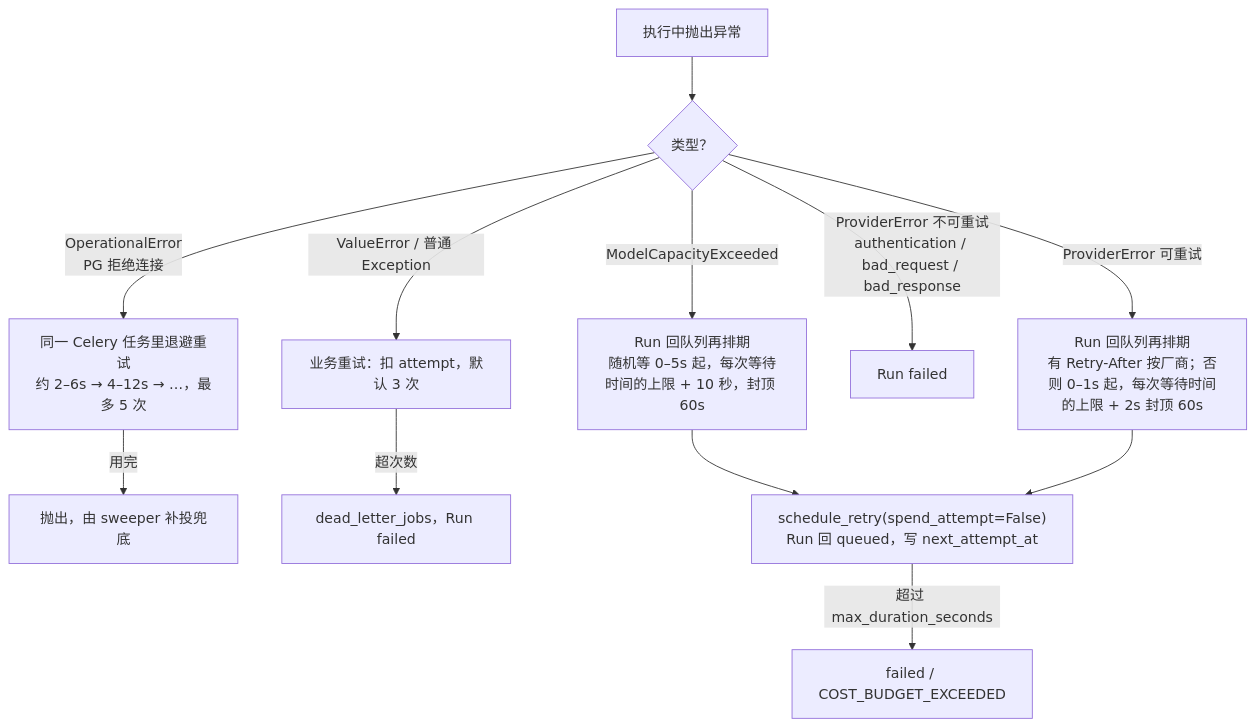
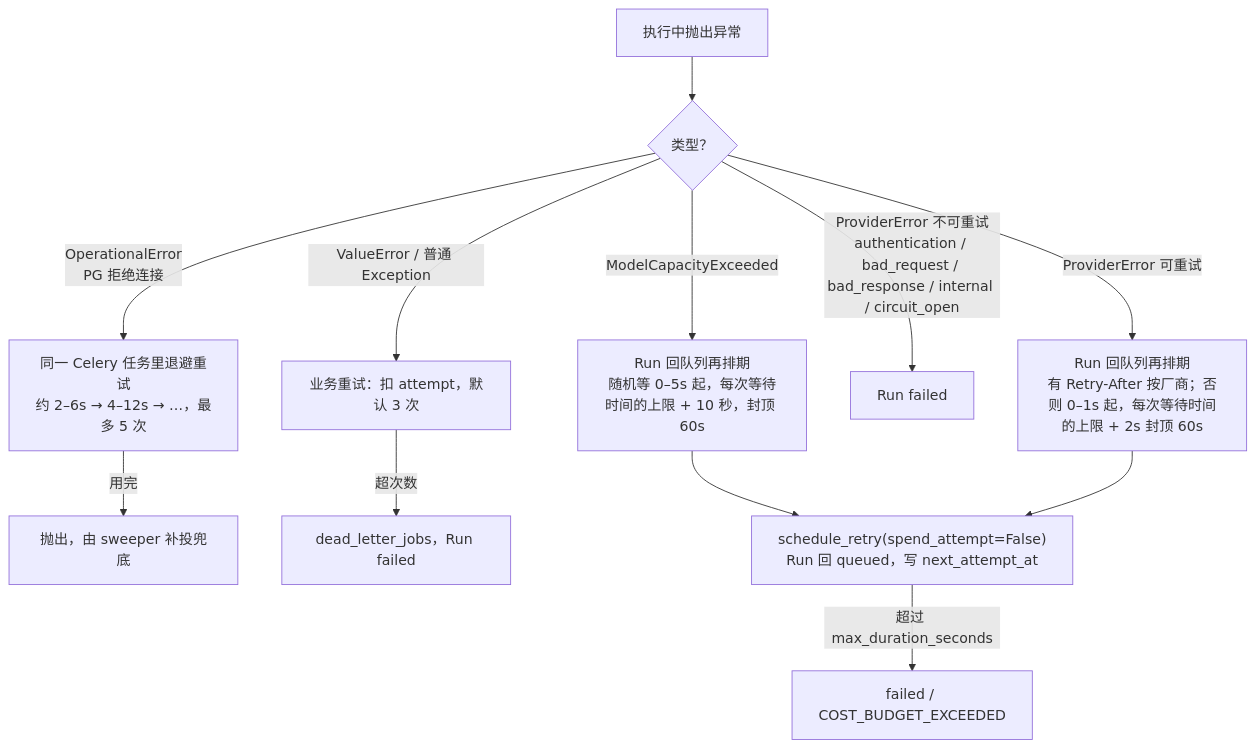
Before and after one commit to JuliaZzy/KA-Account-Agent: the third of 5 diagrams in docs/performance/retry.md, drawn with Mermaid. The commit also changed other lines of this file and 107 other files, not shown here.

````diff
--- a/docs/performance/retry.md
+++ b/docs/performance/retry.md
@@ -205,14 +206,14 @@
 ```mermaid
 flowchart TD
     X["执行中抛出异常"] --> T{"类型？"}
     T -->|"OperationalError<br/>PG 拒绝连接"| D1["同一 Celery 任务里退避重试<br/>约 2–6s → 4–12s → …，最多 5 次"]
     D1 -->|"用完"| D2["抛出，由 sweeper 补投兜底"]
     T -->|"ModelCapacityExceeded"| I1["Run 回队列再排期<br/>随机等 0–5s 起，每次等待时间的上限 + 10 秒，封顶 60s"]
     T -->|"ProviderError 可重试"| I2["Run 回队列再排期<br/>有 Retry-After 按厂商；否则 0–1s 起，每次等待时间的上限 + 2s 封顶 60s"]
-    T -->|"ProviderError 不可重试<br/>authentication / bad_request / bad_response"| F["Run failed"]
+    T -->|"ProviderError 不可重试<br/>authentication / bad_request / bad_response / internal / circuit_open"| F["Run failed"]
     T -->|"ValueError / 普通 Exception"| B1["业务重试：扣 attempt，默认 3 次"]
     B1 -->|"超次数"| DL["dead_letter_jobs，Run failed"]
     I1 --> Q["schedule_retry(spend_attempt=False)<br/>Run 回 queued，写 next_attempt_at"]
     I2 --> Q
     Q -->|"超过 max_duration_seconds"| CB["failed / COST_BUDGET_EXCEEDED"]
 ```
````
